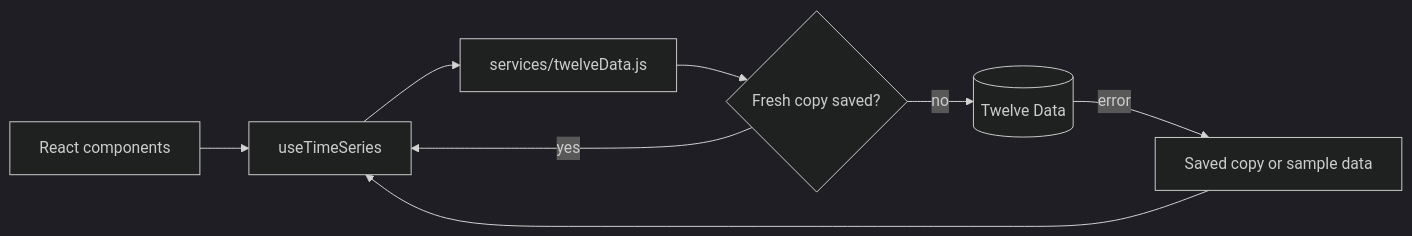
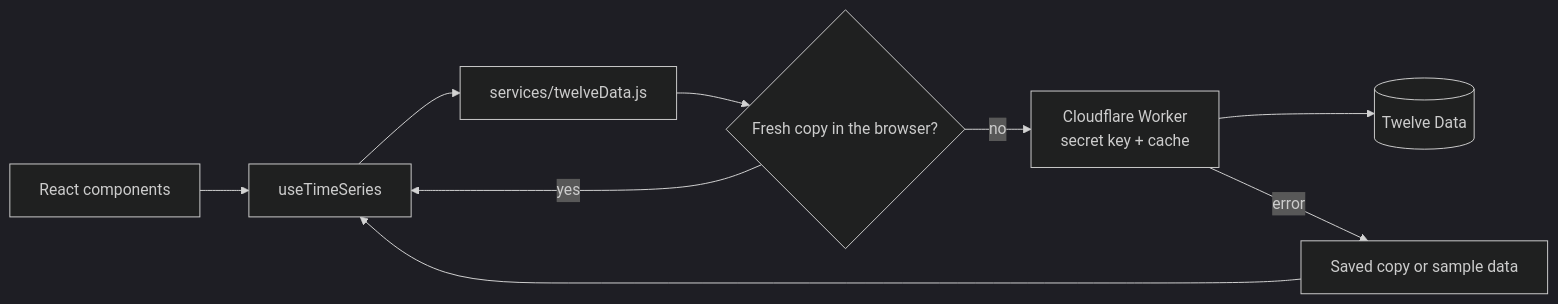
The diagram in README.en.md (hrking31/Demo-Bolsa), drawn with Mermaid (dark theme) before and after one commit. The commit also changed other lines of this file and 11 other files, not shown here.

First line of the commit message:
Agrega un intermediario en Cloudflare Workers para ocultar la clave de API

````diff
--- a/README.en.md
+++ b/README.en.md
@@ -17,10 +17,11 @@
 ```mermaid
 flowchart LR
   UI[React components] --> Hook[useTimeSeries]
   Hook --> Service[services/twelveData.js]
-  Service --> Cache{Fresh copy saved?}
+  Service --> Cache{Fresh copy in the browser?}
   Cache -- yes --> Hook
-  Cache -- no --> API[(Twelve Data)]
-  API -- error --> Fallback[Saved copy or sample data]
+  Cache -- no --> Worker[Cloudflare Worker<br/>secret key + cache]
+  Worker --> API[(Twelve Data)]
+  Worker -- error --> Fallback[Saved copy or sample data]
   Fallback --> Hook
 ```
````
